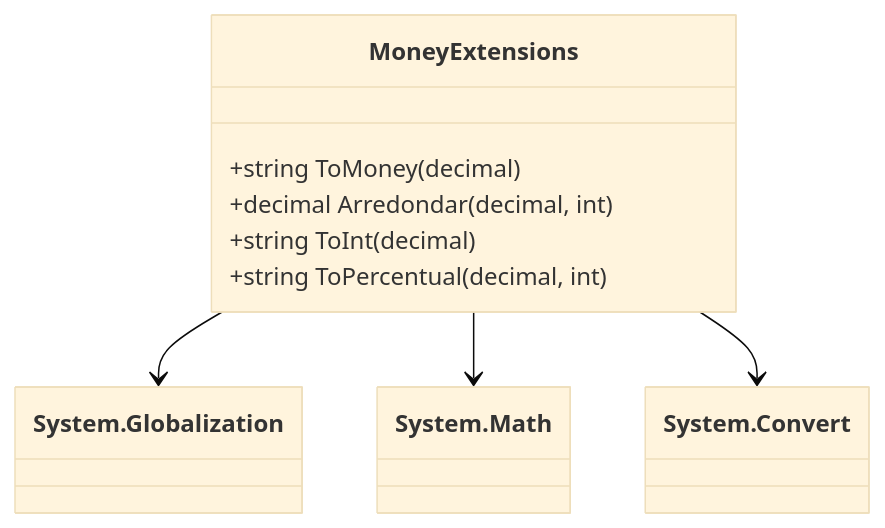
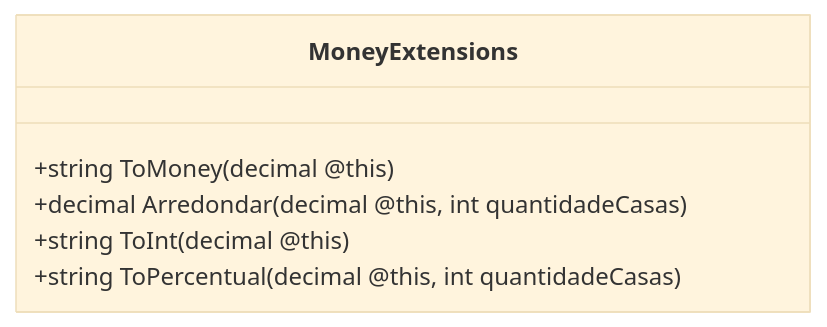
Before and after one commit to IsthmusSistemas/documentacao-tecnica: the second of 2 diagrams in docs/b2b-dominio/IsthmusWinthor.Nucleo/IsthmusWinthor.Dominio/MoneyExtensions.md, drawn with Mermaid (base theme). The commit also changed other lines of this file and 882 other files, not shown here.

````diff
--- a/docs/b2b-dominio/IsthmusWinthor.Nucleo/IsthmusWinthor.Dominio/MoneyExtensions.md
+++ b/docs/b2b-dominio/IsthmusWinthor.Nucleo/IsthmusWinthor.Dominio/MoneyExtensions.md
@@ -37,12 +50,9 @@
 ```mermaid
 classDiagram
     class MoneyExtensions {
-        +string ToMoney(decimal)
-        +decimal Arredondar(decimal, int)
-        +string ToInt(decimal)
-        +string ToPercentual(decimal, int)
+        +string ToMoney(decimal @this)
+        +decimal Arredondar(decimal @this, int quantidadeCasas)
+        +string ToInt(decimal @this)
+        +string ToPercentual(decimal @this, int quantidadeCasas)
     }
-    MoneyExtensions --> System.Globalization
-    MoneyExtensions --> System.Math
-    MoneyExtensions --> System.Convert
 ```
````
